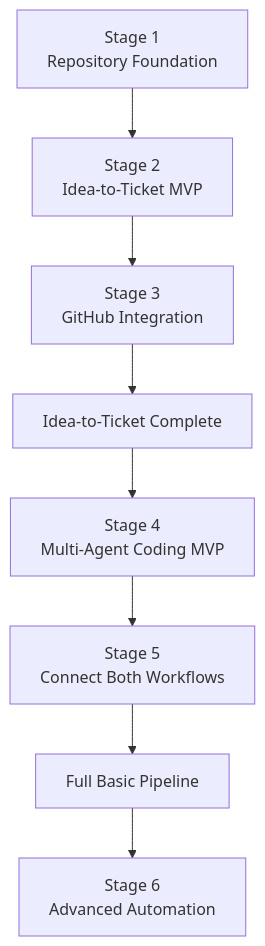
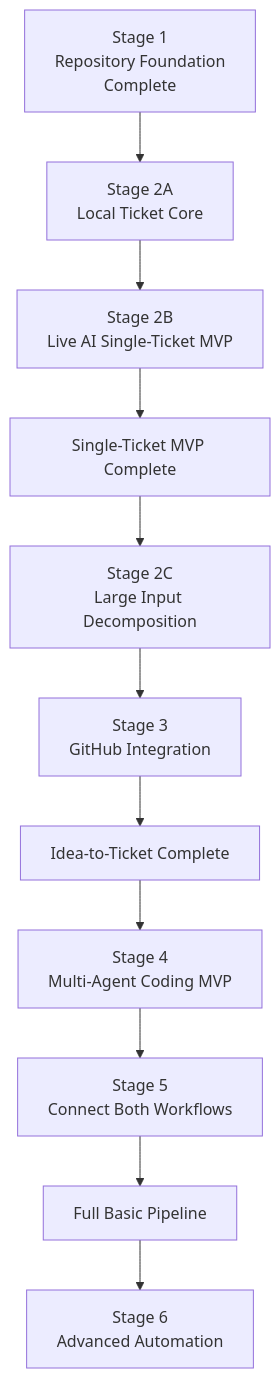
One commit to dawnluma/ai-dev-workflow changed the ninth of 15 diagrams in README.md. Above: the diagram before and after it, drawn with Mermaid. The commit also changed other lines of this file and 13 other files, not shown here.

````diff
--- a/README.md
+++ b/README.md
@@ -912,11 +1014,14 @@
 ```mermaid
 flowchart TD
-    A[Stage 1<br/>Repository Foundation]
-    --> B[Stage 2<br/>Idea-to-Ticket MVP]
-    --> C[Stage 3<br/>GitHub Integration]
-    --> D[Idea-to-Ticket Complete]
-    --> E[Stage 4<br/>Multi-Agent Coding MVP]
-    --> F[Stage 5<br/>Connect Both Workflows]
-    --> G[Full Basic Pipeline]
-    --> H[Stage 6<br/>Advanced Automation]
+    A[Stage 1<br/>Repository Foundation<br/>Complete]
+    --> B[Stage 2A<br/>Local Ticket Core]
+    --> C[Stage 2B<br/>Live AI Single-Ticket MVP]
+    --> D[Single-Ticket MVP Complete]
+    --> E[Stage 2C<br/>Large Input Decomposition]
+    --> F[Stage 3<br/>GitHub Integration]
+    --> G[Idea-to-Ticket Complete]
+    --> H[Stage 4<br/>Multi-Agent Coding MVP]
+    --> I[Stage 5<br/>Connect Both Workflows]
+    --> J[Full Basic Pipeline]
+    --> K[Stage 6<br/>Advanced Automation]
 ```
````
